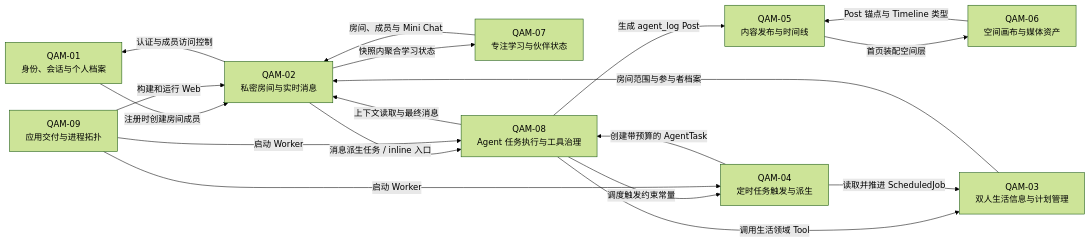
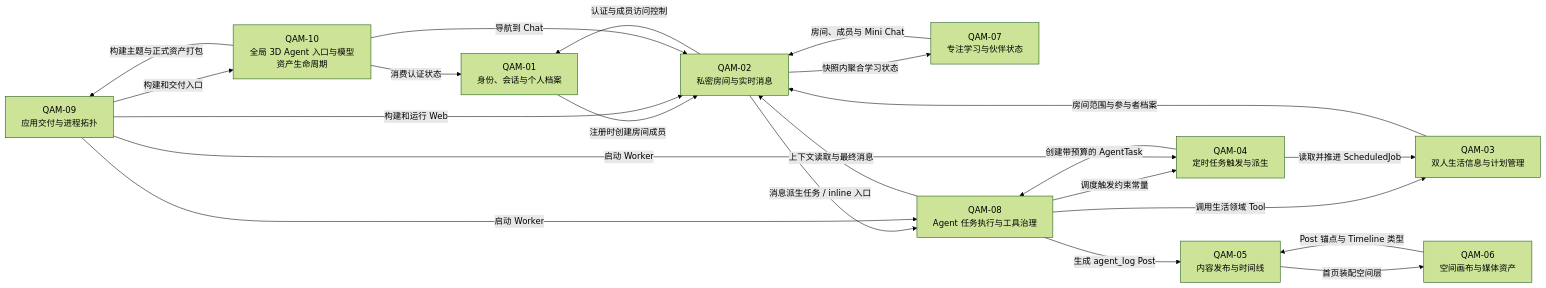
The diagram in PROJECT_VIEW.md (liuxiaoxuanmmj/xoxoMeridian), drawn with Mermaid (forest theme) before and after one commit. The commit also changed other lines of this file and 65 other files, not shown here.

````diff
--- a/PROJECT_VIEW.md
+++ b/PROJECT_VIEW.md
@@ -72,30 +75,35 @@
 ```mermaid
 flowchart LR
   Q1[QAM-01<br/>身份、会话与个人档案]
   Q2[QAM-02<br/>私密房间与实时消息]
   Q3[QAM-03<br/>双人生活信息与计划管理]
   Q4[QAM-04<br/>定时任务触发与派生]
   Q5[QAM-05<br/>内容发布与时间线]
   Q6[QAM-06<br/>空间画布与媒体资产]
   Q7[QAM-07<br/>专注学习与伙伴状态]
   Q8[QAM-08<br/>Agent 任务执行与工具治理]
   Q9[QAM-09<br/>应用交付与进程拓扑]
+  Q10[QAM-10<br/>全局 3D Agent 入口与模型资产生命周期]
 
   Q1 -->|注册时创建房间成员| Q2
   Q2 -->|认证与成员访问控制| Q1
   Q2 -->|消息派生任务 / inline 入口| Q8
   Q8 -->|上下文读取与最终消息| Q2
   Q3 -->|房间范围与参与者档案| Q2
   Q8 -->|调用生活领域 Tool| Q3
   Q4 -->|读取并推进 ScheduledJob| Q3
   Q4 -->|创建带预算的 AgentTask| Q8
   Q8 -->|调度触发约束常量| Q4
   Q5 -->|首页装配空间层| Q6
   Q6 -->|Post 锚点与 Timeline 类型| Q5
   Q7 -->|房间、成员与 Mini Chat| Q2
   Q2 -->|快照内聚合学习状态| Q7
   Q8 -->|生成 agent_log Post| Q5
   Q9 -->|构建和运行 Web| Q2
   Q9 -->|启动 Worker| Q4
   Q9 -->|启动 Worker| Q8
+  Q10 -->|消费认证状态| Q1
+  Q10 -->|导航到 Chat| Q2
+  Q10 -->|构建主题与正式资产打包| Q9
+  Q9 -->|构建和交付入口| Q10
 ```
````
